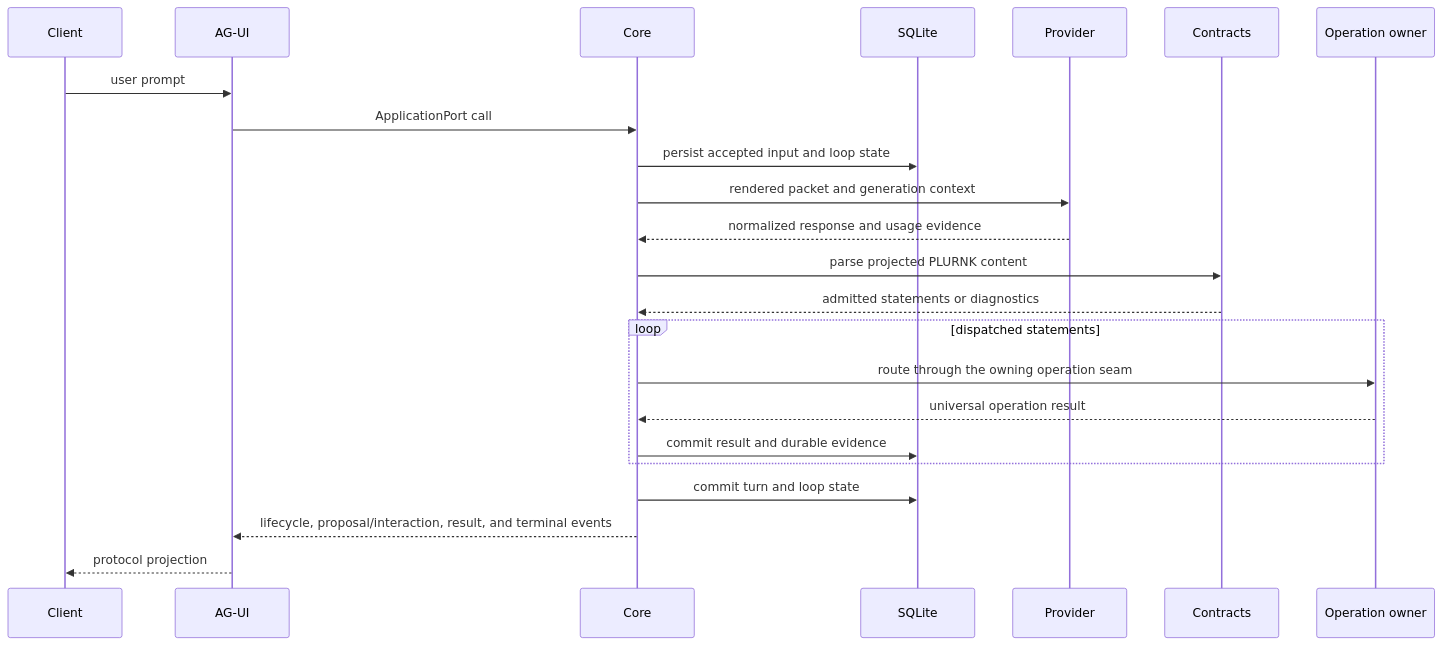
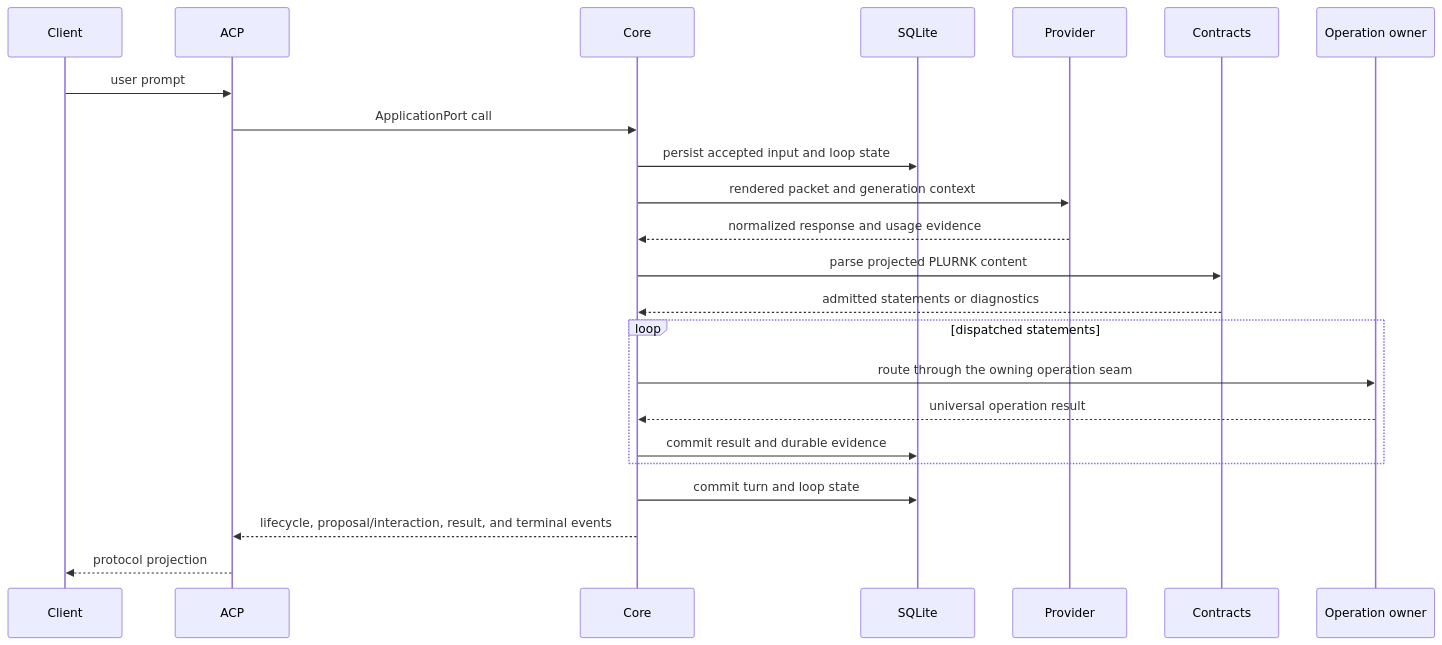
The fifth of 5 diagrams in ARCHITECTURE.md (plurnk/plurnk-service), drawn with Mermaid before and after one commit. The commit also changed other lines of this file and 278 other files, not shown here.

Commit message:
refactor(acp): complete client parity in plurnk-acp and retire plurnk-agui (#1232)

````diff
--- a/ARCHITECTURE.md
+++ b/ARCHITECTURE.md
@@ -371,26 +370,26 @@
 ```mermaid
 sequenceDiagram
     participant Client
-    participant AGUI as AG-UI
+    participant ACP as ACP
     participant Core
     participant Store as SQLite
     participant Provider
     participant Contracts
     participant Owner as Operation owner
 
-    Client->>AGUI: user prompt
-    AGUI->>Core: ApplicationPort call
+    Client->>ACP: user prompt
+    ACP->>Core: ApplicationPort call
     Core->>Store: persist accepted input and loop state
     Core->>Provider: rendered packet and generation context
     Provider-->>Core: normalized response and usage evidence
     Core->>Contracts: parse projected PLURNK content
     Contracts-->>Core: admitted statements or diagnostics
     loop dispatched statements
         Core->>Owner: route through the owning operation seam
         Owner-->>Core: universal operation result
         Core->>Store: commit result and durable evidence
     end
     Core->>Store: commit turn and loop state
-    Core-->>AGUI: lifecycle, proposal/interaction, result, and terminal events
-    AGUI-->>Client: protocol projection
+    Core-->>ACP: lifecycle, proposal/interaction, result, and terminal events
+    ACP-->>Client: protocol projection
 ```
````
